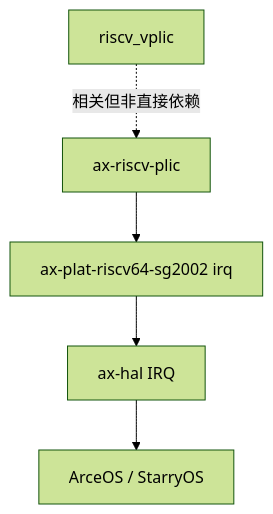
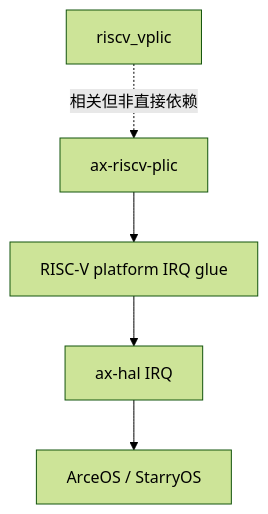
Before and after one commit to rcore-os/tgoskits: the diagram in docs/docs/components/crates/ax-riscv-plic.md, drawn with Mermaid (forest theme). The commit also changed other lines of this file and 77 other files, not shown here.

````diff
--- a/docs/docs/components/crates/ax-riscv-plic.md
+++ b/docs/docs/components/crates/ax-riscv-plic.md
@@ -175,7 +173,7 @@
 ```mermaid
 graph TD
-    A[ax-riscv-plic] --> B[ax-plat-riscv64-sg2002 irq]
+    A[ax-riscv-plic] --> B[RISC-V platform IRQ glue]
     B --> C[ax-hal IRQ]
     C --> D[ArceOS / StarryOS]
     E[riscv_vplic] -.相关但非直接依赖.-> A
 ```
````
